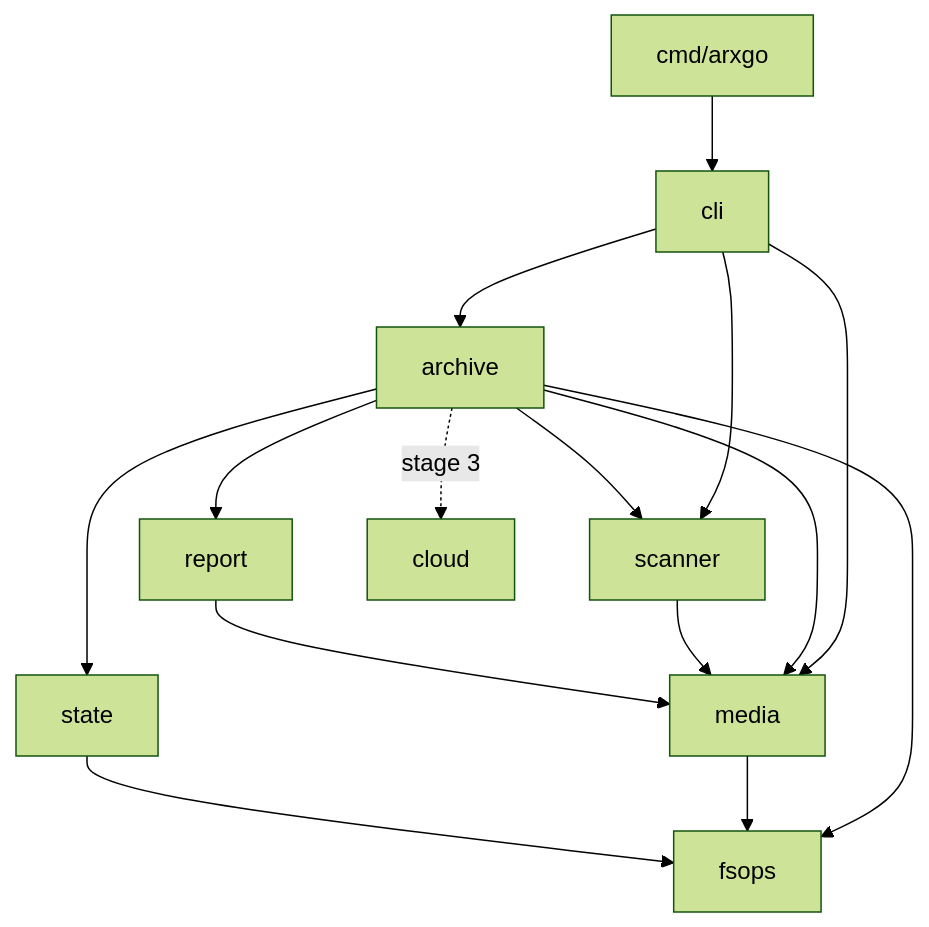
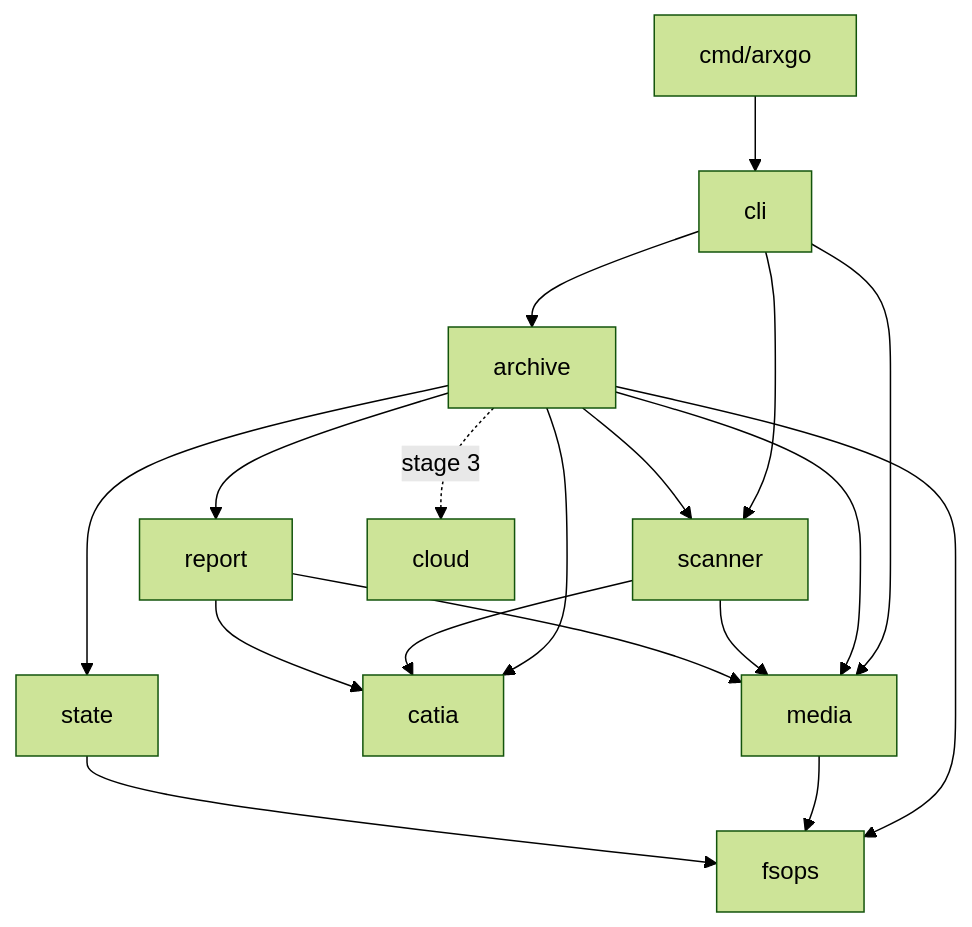
One commit to volod/arxiv-go changed the first of 3 diagrams in docs/openspec/architecture.md. Above: the diagram before and after it, drawn with Mermaid (forest theme). The commit also changed other lines of this file and 18 other files, not shown here.

````diff
--- a/docs/openspec/architecture.md
+++ b/docs/openspec/architecture.md
@@ -34,17 +35,20 @@
 ```mermaid
 flowchart TD
     main[cmd/arxgo] --> cli
     cli --> archive
     cli --> scanner
     cli --> media
     archive --> scanner
     archive --> media
+    archive --> catia
+    scanner --> catia
+    report --> catia
     archive --> state
     archive --> report
     archive --> fsops
     media --> fsops
     state --> fsops
     scanner --> media
     report --> media
     archive -. stage 3 .-> cloud
 ```
````
